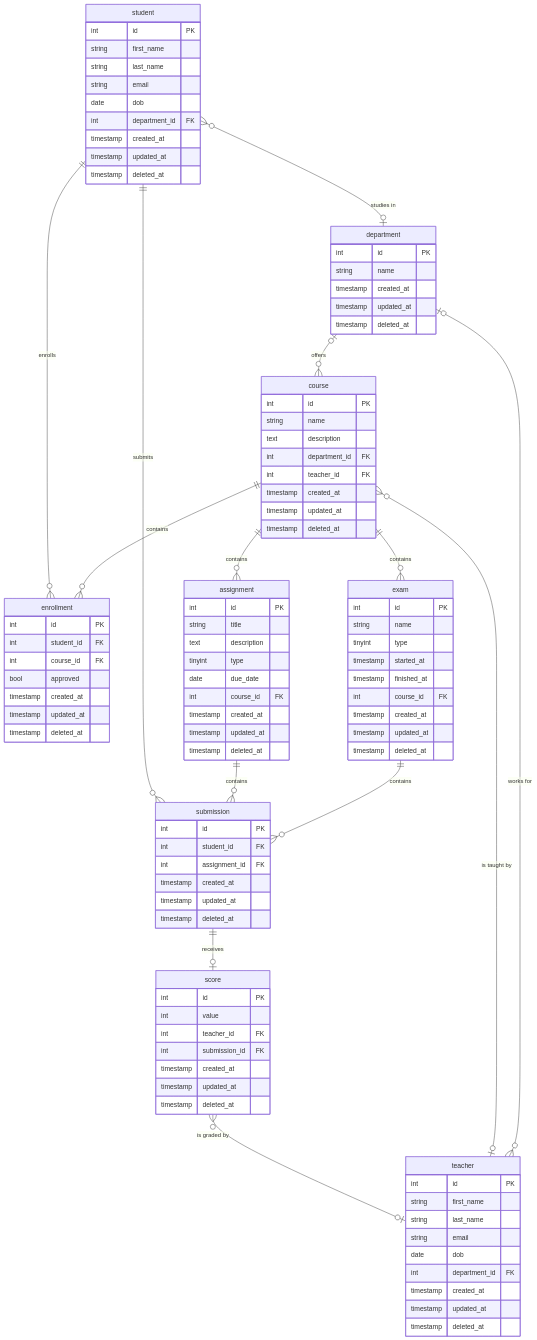
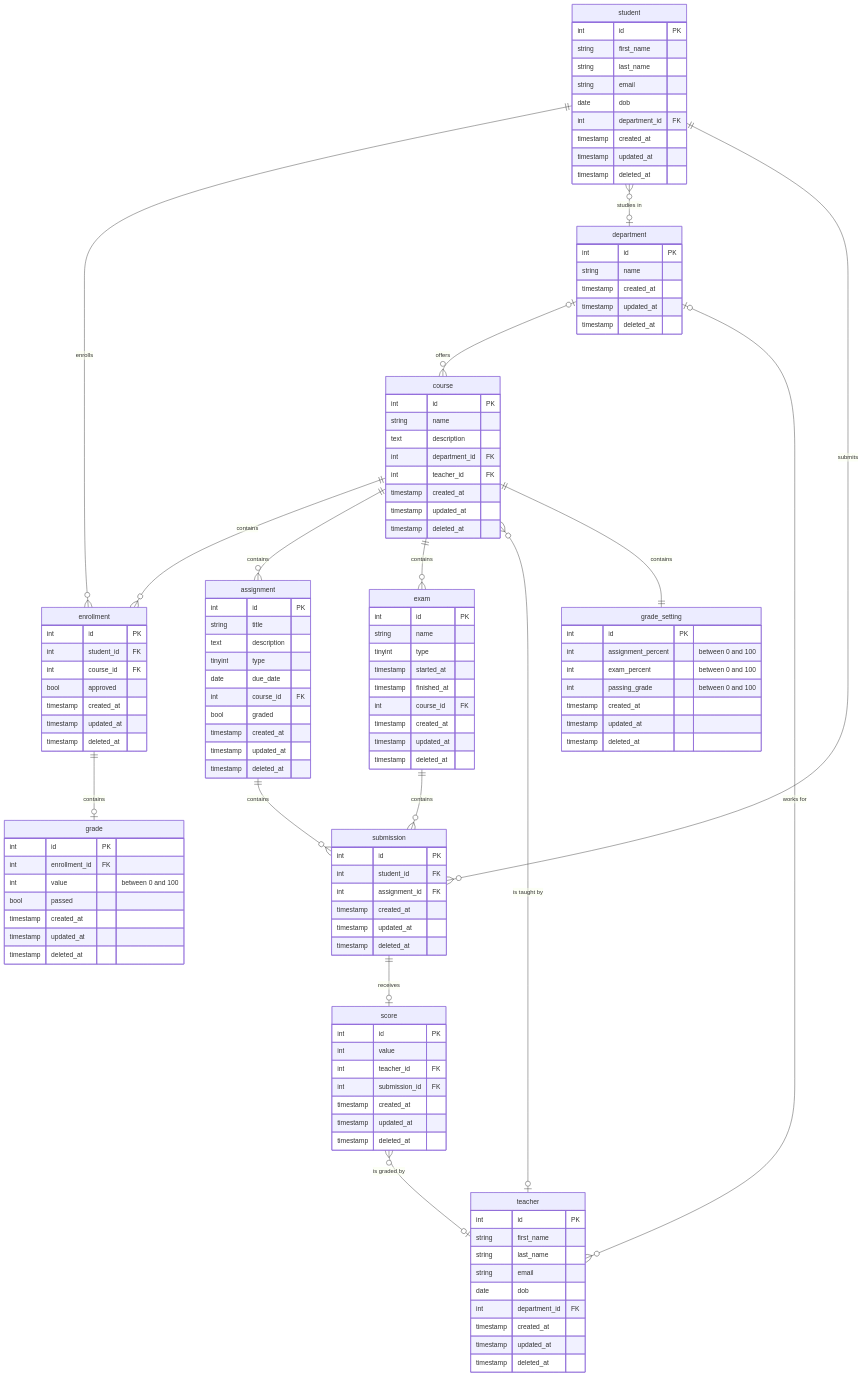
Before and after one commit to LCYAD/be-exercise-guide: the diagram in README.md, drawn with Mermaid. The commit also changed other lines of this file and 2 other files, not shown here.

Commit message:
feat: add grade and grade_setting table (#11)

````diff
--- a/README.md
+++ b/README.md
@@ -103,6 +107,7 @@
         tinyint type
         date due_date
         int course_id FK
+        bool graded
         timestamp created_at
         timestamp updated_at
         timestamp deleted_at
@@ -138,8 +143,26 @@
         timestamp updated_at
         timestamp deleted_at
     }
-    
 
+    grade_setting {
+        int id PK
+        int assignment_percent "between 0 and 100"
+        int exam_percent "between 0 and 100"
+        int passing_grade "between 0 and 100"
+        timestamp created_at
+        timestamp updated_at
+        timestamp deleted_at
+    }
+
+    grade {
+        int id PK
+        int enrollment_id FK
+        int value "between 0 and 100"
+        bool passed
+        timestamp created_at
+        timestamp updated_at
+        timestamp deleted_at
+    }
     
     student ||--o{ enrollment : "enrolls"
     course ||--o{ enrollment : "contains"
@@ -161,4 +184,7 @@
     score }o--o| teacher : "is graded by"
     
     course }o--o| teacher : "is taught by"
+
+    course ||--|| grade_setting : "contains"
+    enrollment ||--o| grade : "contains"
 ```
````
